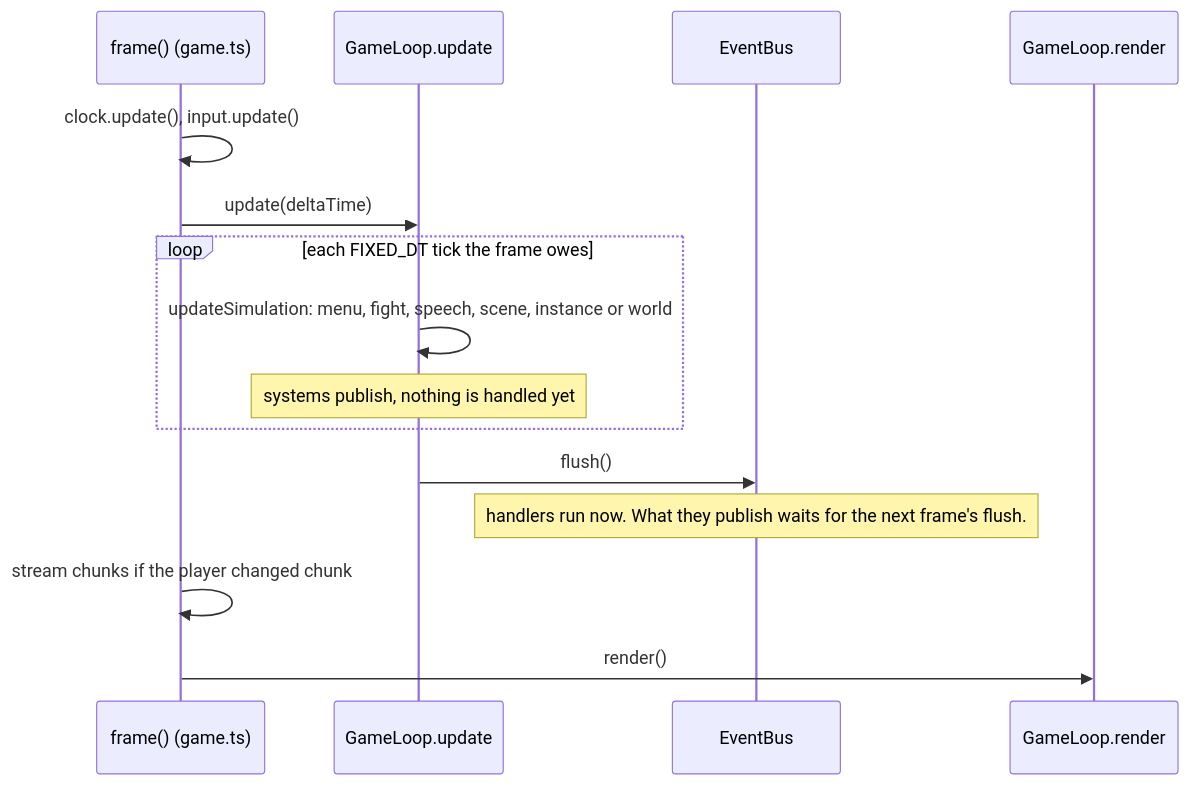
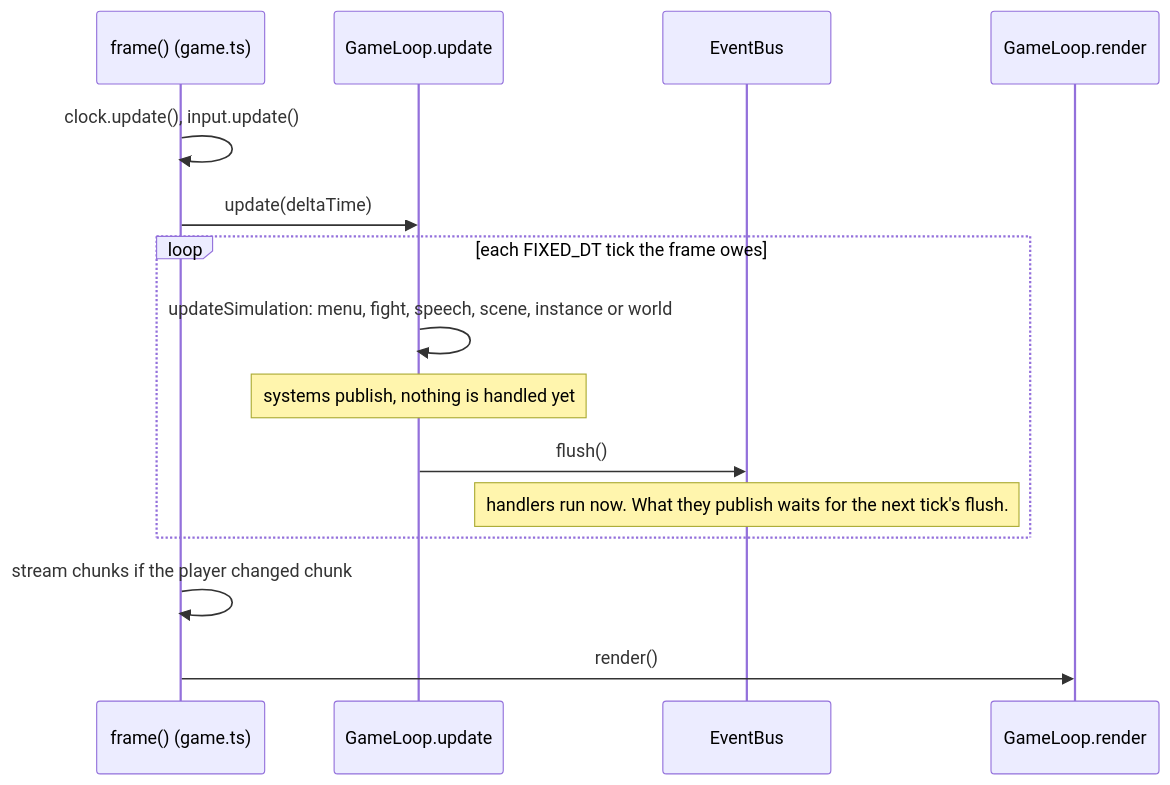
One commit to ClarkGH/smackhem changed the second of 2 diagrams in docs/events.md. Above: the diagram before and after it, drawn with Mermaid. The commit also changed other lines of this file and 7 other files, not shown here.

````diff
--- a/docs/events.md
+++ b/docs/events.md
@@ -65,18 +67,18 @@
 ```mermaid
 sequenceDiagram
     participant F as frame() (game.ts)
     participant L as GameLoop.update
     participant B as EventBus
     participant R as GameLoop.render
 
     F->>F: clock.update(), input.update()
     F->>L: update(deltaTime)
     loop each FIXED_DT tick the frame owes
         L->>L: updateSimulation: menu, fight, speech, scene, instance or world
         Note over L: systems publish, nothing is handled yet
+        L->>B: flush()
+        Note over B: handlers run now. What they publish waits for the next tick's flush.
     end
-    L->>B: flush()
-    Note over B: handlers run now. What they publish waits for the next frame's flush.
     F->>F: stream chunks if the player changed chunk
     F->>R: render()
 ```
````
